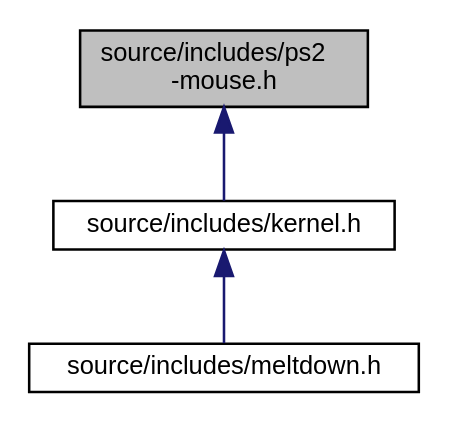
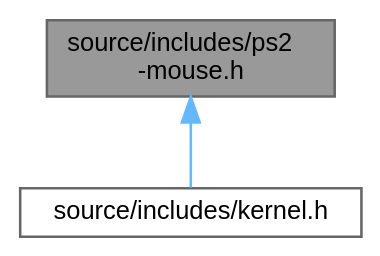
One commit to Frost-Wing/doxygen-docs changed the diagram in ps2-mouse_8h__dep__incl.dot. Above: the diagram before and after it, drawn with Graphviz. The commit also changed 1093 other files, not shown here.

```diff
--- a/ps2-mouse_8h__dep__incl.dot
+++ b/ps2-mouse_8h__dep__incl.dot
@@ -1,11 +1,10 @@
 digraph "source/includes/ps2-mouse.h"
 {
  // LATEX_PDF_SIZE
-  edge [fontname="Helvetica",fontsize="10",labelfontname="Helvetica",labelfontsize="10"];
-  node [fontname="Helvetica",fontsize="10",shape=record];
-  Node1 [label="source/includes/ps2\l-mouse.h",height=0.2,width=0.4,color="black", fillcolor="grey75", style="filled", fontcolor="black",tooltip=" "];
-  Node1 -> Node2 [dir="back",color="midnightblue",fontsize="10",style="solid",fontname="Helvetica"];
-  Node2 [label="source/includes/kernel.h",height=0.2,width=0.4,color="black", fillcolor="white", style="filled",URL="$kernel_8h.html",tooltip="The basic requirement from kernel to other parts of the code."];
-  Node2 -> Node3 [dir="back",color="midnightblue",fontsize="10",style="solid",fontname="Helvetica"];
-  Node3 [label="source/includes/meltdown.h",height=0.2,width=0.4,color="black", fillcolor="white", style="filled",URL="$meltdown_8h.html",tooltip="The headers for meltdown.c."];
+  bgcolor="transparent";
+  edge [fontname=Helvetica,fontsize=10,labelfontname=Helvetica,labelfontsize=10];
+  node [fontname=Helvetica,fontsize=10,shape=box,height=0.2,width=0.4];
+  Node1 [id="Node000001",label="source/includes/ps2\l-mouse.h",height=0.2,width=0.4,color="gray40", fillcolor="grey60", style="filled", fontcolor="black",tooltip=" "];
+  Node1 -> Node2 [id="edge1_Node000001_Node000002",dir="back",color="steelblue1",style="solid",tooltip=" "];
+  Node2 [id="Node000002",label="source/includes/kernel.h",height=0.2,width=0.4,color="grey40", fillcolor="white", style="filled",URL="$kernel_8h.html",tooltip="The basic requirement from kernel to other parts of the code."];
 }
```
